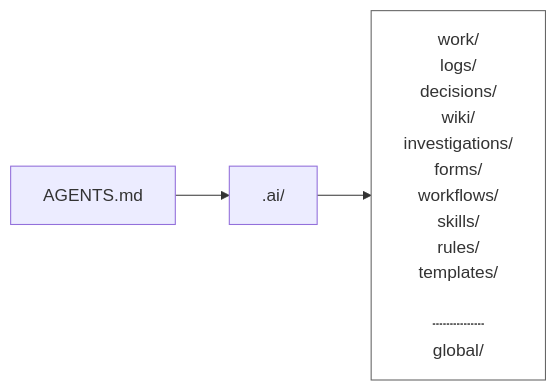
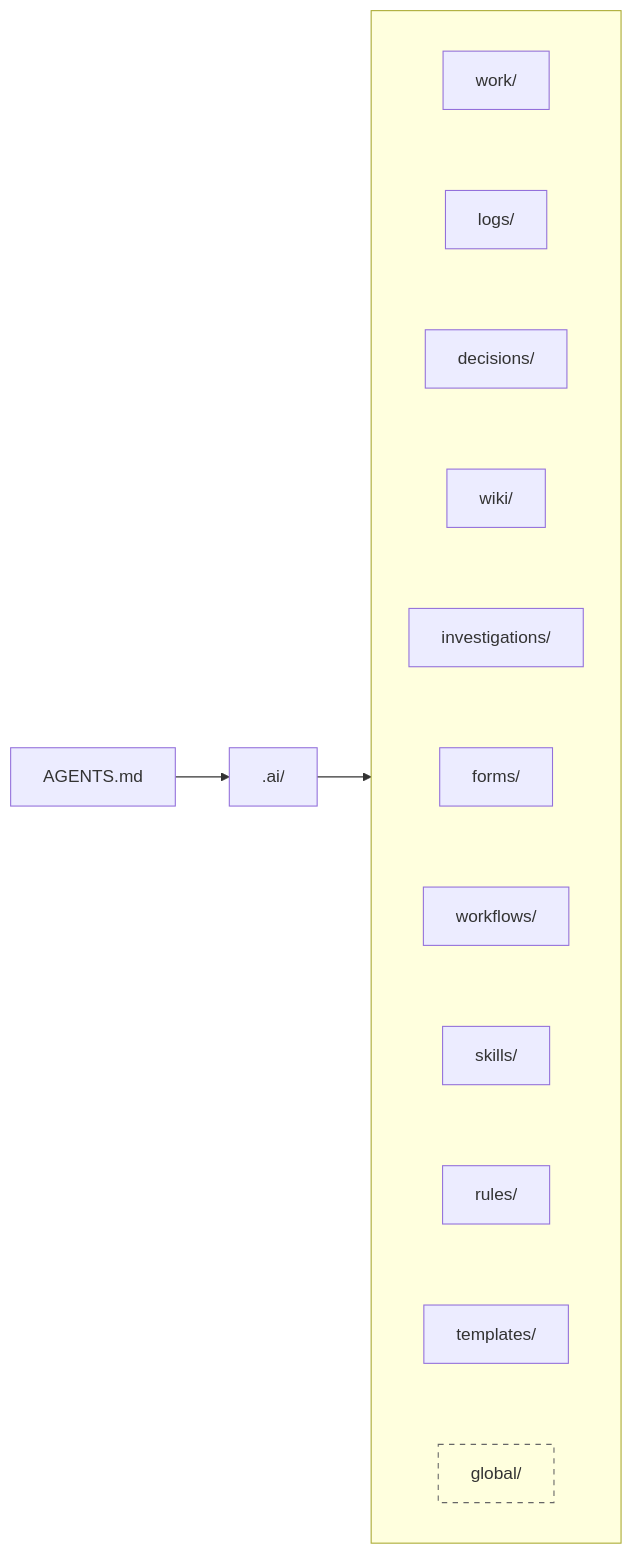
Before and after one commit to marcosrdac/gamk: the first of 2 diagrams in README.md, drawn with Mermaid. The commit also changed other lines of this file and 2 other files, not shown here.

Commit message:
docs: separate README memory boxes

````diff
--- a/README.md
+++ b/README.md
@@ -22,5 +22,23 @@
 ```mermaid
 flowchart LR
-    A["AGENTS.md"] --> M[".ai/"] --> B["work/<br/>logs/<br/>decisions/<br/>wiki/<br/>investigations/<br/>forms/<br/>workflows/<br/>skills/<br/>rules/<br/>templates/<br/><br/>┄┄┄┄┄<br/>global/"]
-    style B fill:transparent,stroke:#666,stroke-width:1px
+    A["AGENTS.md"] --> M[".ai/"] --> MEMORY
+
+    subgraph MEMORY[" "]
+        direction TB
+        W["work/"]
+        L["logs/"]
+        D["decisions/"]
+        K["wiki/"]
+        I["investigations/"]
+        F["forms/"]
+        P["workflows/"]
+        S["skills/"]
+        R["rules/"]
+        T["templates/"]
+        G["global/"]
+
+        W ~~~ L ~~~ D ~~~ K ~~~ I ~~~ F ~~~ P ~~~ S ~~~ R ~~~ T ~~~ G
+    end
+
+    style G fill:transparent,stroke:#666,stroke-dasharray: 5 5
 ```
````
